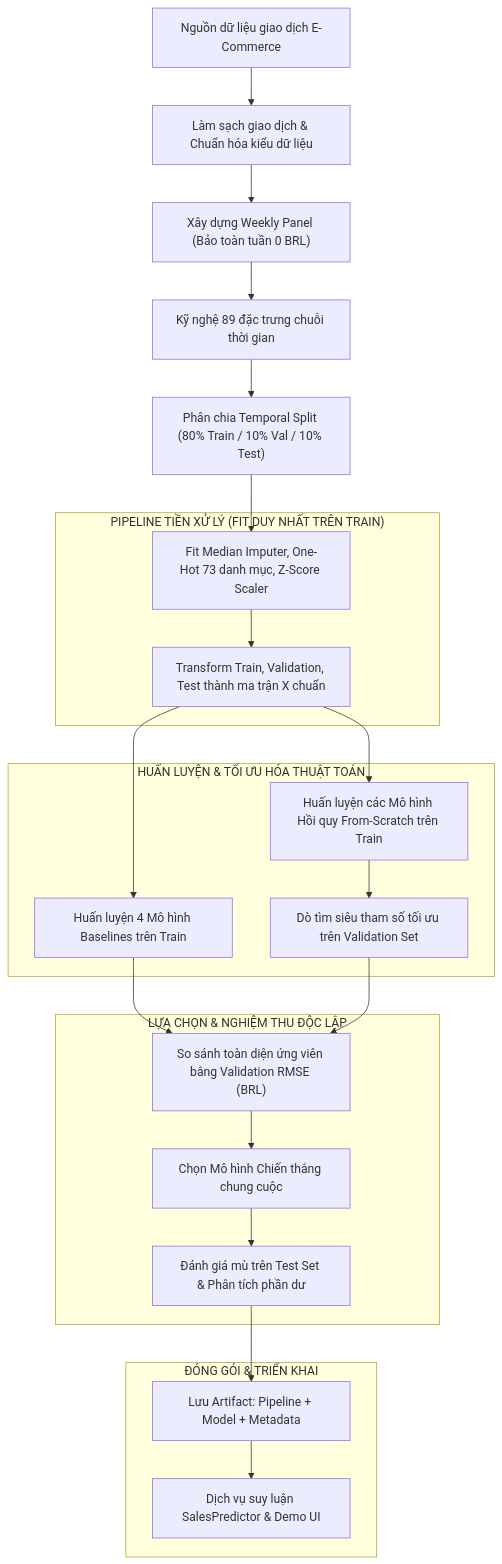
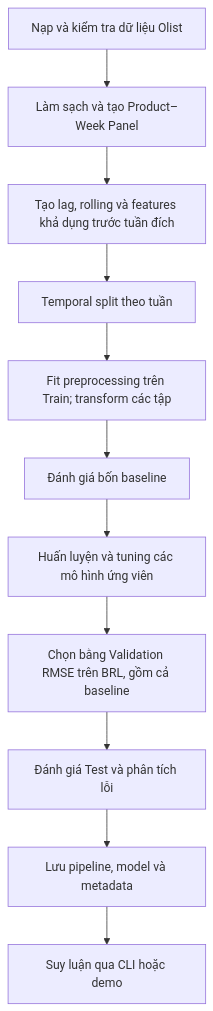
One commit to iamtien77/sales_predictor changed the second of 2 diagrams in docs/algorithms/design.md. Above: the diagram before and after it, drawn with Mermaid. The commit also changed other lines of this file, not shown here.

````diff
--- a/docs/algorithms/design.md
+++ b/docs/algorithms/design.md
@@ -171,44 +131,13 @@
 ```mermaid
 flowchart TD
-    Raw["Nguồn dữ liệu giao dịch E-Commerce"] --> Clean["Làm sạch giao dịch & Chuẩn hóa kiểu dữ liệu"]
-    Clean --> Panel["Xây dựng Weekly Panel (Bảo toàn tuần 0 BRL)"]
-    Panel --> FE["Kỹ nghệ 89 đặc trưng chuỗi thời gian"]
-    FE --> Split["Phân chia Temporal Split (80% Train / 10% Val / 10% Test)"]
-    
-    subgraph PreprocessPipeline ["PIPELINE TIỀN XỬ LÝ (FIT DUY NHẤT TRÊN TRAIN)"]
-        FitPipe["Fit Median Imputer, One-Hot 73 danh mục, Z-Score Scaler"]
-        Transform["Transform Train, Validation, Test thành ma trận X chuẩn"]
-    end
-    
-    Split --> FitPipe
-    FitPipe --> Transform
-    
-    subgraph ModelTraining ["HUẤN LUYỆN & TỐI ƯU HÓA THUẬT TOÁN"]
-        B_Fit["Huấn luyện 4 Mô hình Baselines trên Train"]
-        M_Fit["Huấn luyện các Mô hình Hồi quy From-Scratch trên Train"]
-        Tune["Dò tìm siêu tham số tối ưu trên Validation Set"]
-    end
-    
-    Transform --> B_Fit
-    Transform --> M_Fit
-    M_Fit --> Tune
-    
-    subgraph ModelSelection ["LỰA CHỌN & NGHIỆM THU ĐỘC LẬP"]
-        Compare["So sánh toàn diện ứng viên bằng Validation RMSE (BRL)"]
-        Best["Chọn Mô hình Chiến thắng chung cuộc"]
-        TestEval["Đánh giá mù trên Test Set & Phân tích phần dư"]
-    end
-    
-    B_Fit --> Compare
-    Tune --> Compare
-    Compare --> Best
-    Best --> TestEval
-    
-    subgraph Packaging ["ĐÓNG GÓI & TRIỂN KHAI"]
-        Save["Lưu Artifact: Pipeline + Model + Metadata"]
-        Serve["Dịch vụ suy luận SalesPredictor & Demo UI"]
-    end
-    
-    TestEval --> Save
-    Save --> Serve
+    A["Nạp và kiểm tra dữ liệu Olist"] --> B["Làm sạch và tạo Product–Week Panel"]
+    B --> C["Tạo lag, rolling và features khả dụng trước tuần đích"]
+    C --> D["Temporal split theo tuần"]
+    D --> E["Fit preprocessing trên Train; transform các tập"]
+    E --> F["Đánh giá bốn baseline"]
+    F --> G["Huấn luyện và tuning các mô hình ứng viên"]
+    G --> H["Chọn bằng Validation RMSE trên BRL, gồm cả baseline"]
+    H --> I["Đánh giá Test và phân tích lỗi"]
+    I --> J["Lưu pipeline, model và metadata"]
+    J --> K["Suy luận qua CLI hoặc demo"]
 ```
````
